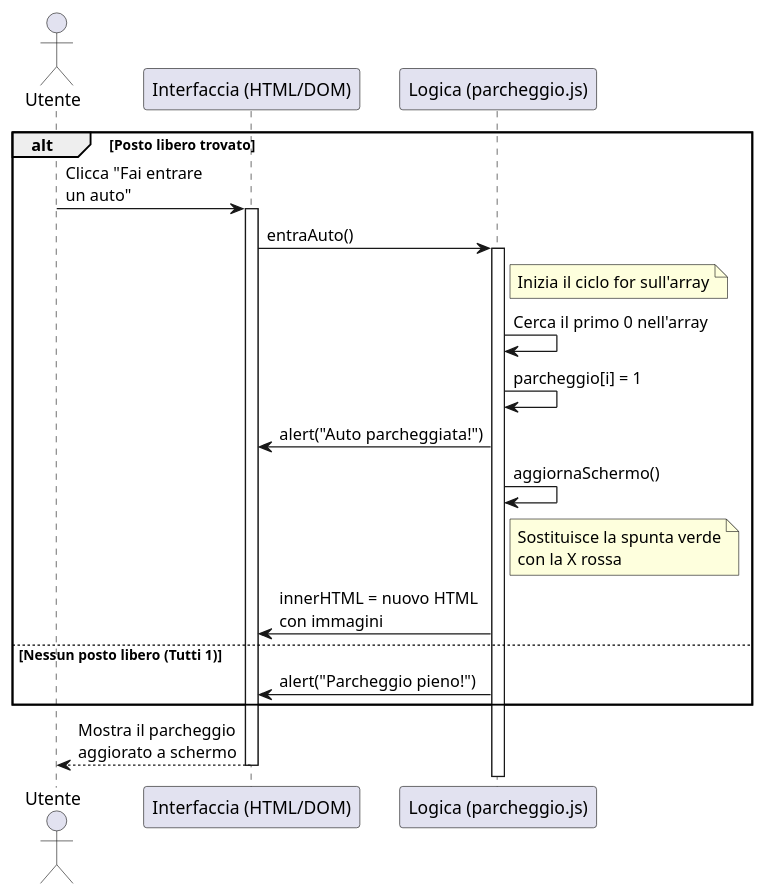
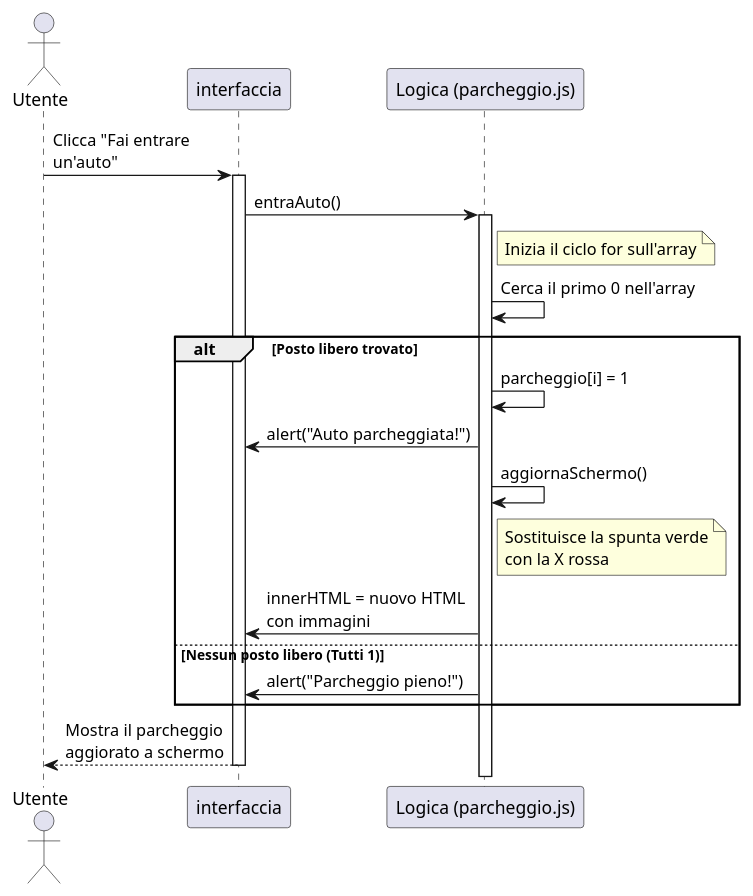
One commit to cristiandamico08-jpg/repository_generale changed the diagram in TPSI/UML/es_parcheggio/diagrammaDiSequenza.puml. Above: the diagram before and after it, drawn with PlantUML. The commit also changed 1 other file, not shown here.

```diff
--- a/TPSI/UML/es_parcheggio/diagrammaDiSequenza.puml
+++ b/TPSI/UML/es_parcheggio/diagrammaDiSequenza.puml
@@ -1,36 +1,37 @@
 @startuml diagrammaDiSequenza.puml
 
 actor Utente as utente
 
-alt Posto libero trovato
+utente -> interfaccia : Clicca "Fai entrare\nun'auto"
+activate interfaccia
 
 participant "Interfaccia (HTML/DOM)" as interfaccia
 participant "Logica (parcheggio.js)" as logica
 
-utente -> interfaccia : Clicca "Fai entrare\nun auto"
-activate interfaccia
 
 interfaccia -> logica : entraAuto()
 activate logica
 
 note right of logica : Inizia il ciclo for sull'array
 logica -> logica : Cerca il primo 0 nell'array
+
+alt Posto libero trovato
 
 logica -> logica : parcheggio[i] = 1
 logica -> interfaccia : alert("Auto parcheggiata!")
 logica -> logica : aggiornaSchermo()
 
 note right of logica : Sostituisce la spunta verde\ncon la X rossa
 
 logica -> interfaccia : innerHTML = nuovo HTML\ncon immagini
 
 else Nessun posto libero (Tutti 1)
 
 logica -> interfaccia : alert("Parcheggio pieno!")
 
 end
 
 interfaccia --> utente : Mostra il parcheggio\naggiorato a schermo
 deactivate interfaccia
 
 @enduml
```
